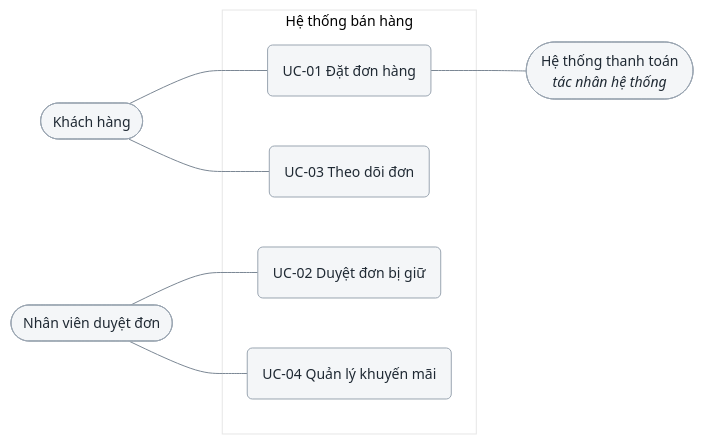
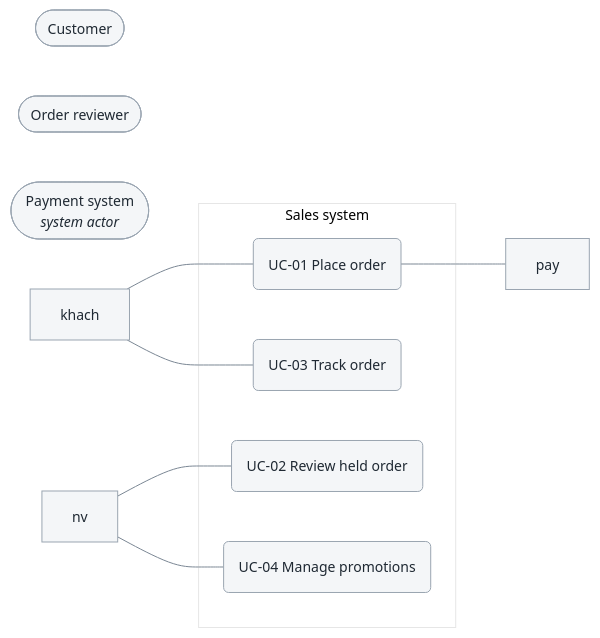
Before and after one commit to edwintruong/skills: the first of 2 diagrams in references/2.2-use-case-diagrams.md, drawn with Mermaid. The commit also changed other lines of this file and 25 other files, not shown here.

````diff
--- a/references/2.2-use-case-diagrams.md
+++ b/references/2.2-use-case-diagrams.md
@@ -48,20 +48,20 @@
 ```mermaid
 %%{init: {'theme':'base','themeVariables':{'primaryColor':'#f4f6f8','primaryTextColor':'#1f2933','primaryBorderColor':'#9aa5b1','lineColor':'#7b8794','fontFamily':'ui-sans-serif, system-ui, sans-serif','fontSize':'14px'}}}%%
 flowchart LR
-    khach([Khách hàng])
-    nv([Nhân viên duyệt đơn])
-    pay([Hệ thống thanh toán<br/><i>tác nhân hệ thống</i>])
+    customer([Customer])
+    reviewer([Order reviewer])
+    payment([Payment system<br/><i>system actor</i>])
 
-    subgraph sys[Hệ thống bán hàng]
-        uc1(UC-01 Đặt đơn hàng)
-        uc2(UC-02 Duyệt đơn bị giữ)
-        uc3(UC-03 Theo dõi đơn)
-        uc4(UC-04 Quản lý khuyến mãi)
+    subgraph sys[Sales system]
+        uc1(UC-01 Place order)
+        uc2(UC-02 Review held order)
+        uc3(UC-03 Track order)
+        uc4(UC-04 Manage promotions)
     end
 
     khach --- uc1
     khach --- uc3
     nv --- uc2
     nv --- uc4
     uc1 --- pay
 ```
````
